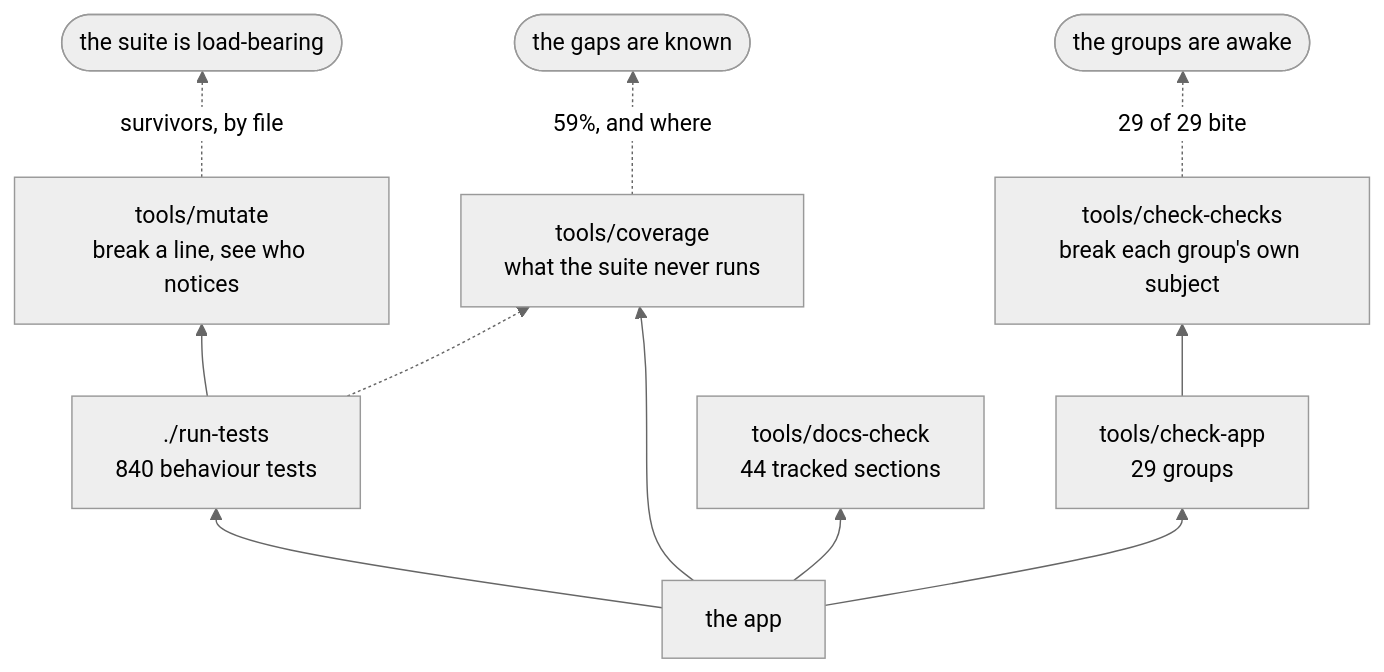
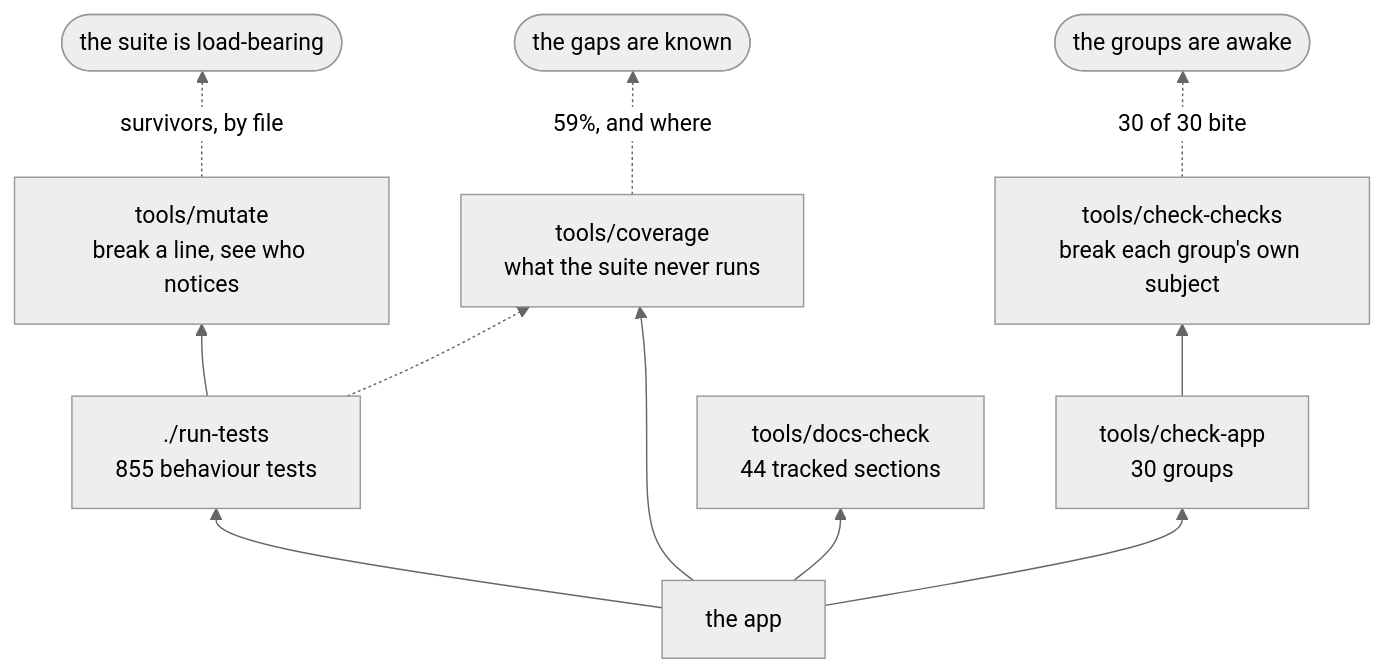
Before and after one commit to minormending/crystal-pilot-mobile: the second of 2 diagrams in docs/DEVELOPING.md, drawn with Mermaid (neutral theme). The commit also changed other lines of this file and 4 other files, not shown here.

````diff
--- a/docs/DEVELOPING.md
+++ b/docs/DEVELOPING.md
@@ -127,13 +127,13 @@
 ```mermaid
 flowchart BT
-    C["the app"] --> T["./run-tests<br/>840 behaviour tests"]
-    C --> A["tools/check-app<br/>29 groups"]
+    C["the app"] --> T["./run-tests<br/>855 behaviour tests"]
+    C --> A["tools/check-app<br/>30 groups"]
     C --> D["tools/docs-check<br/>44 tracked sections"]
     C --> V["tools/coverage<br/>what the suite never runs"]
     T --> M["tools/mutate<br/>break a line, see who notices"]
     A --> K["tools/check-checks<br/>break each group's own subject"]
     T -.-> V
     M -.->|"survivors, by file"| R(["the suite is load-bearing"])
-    K -.->|"29 of 29 bite"| R2(["the groups are awake"])
+    K -.->|"30 of 30 bite"| R2(["the groups are awake"])
     V -.->|"59%, and where"| R3(["the gaps are known"])
 ```
````
